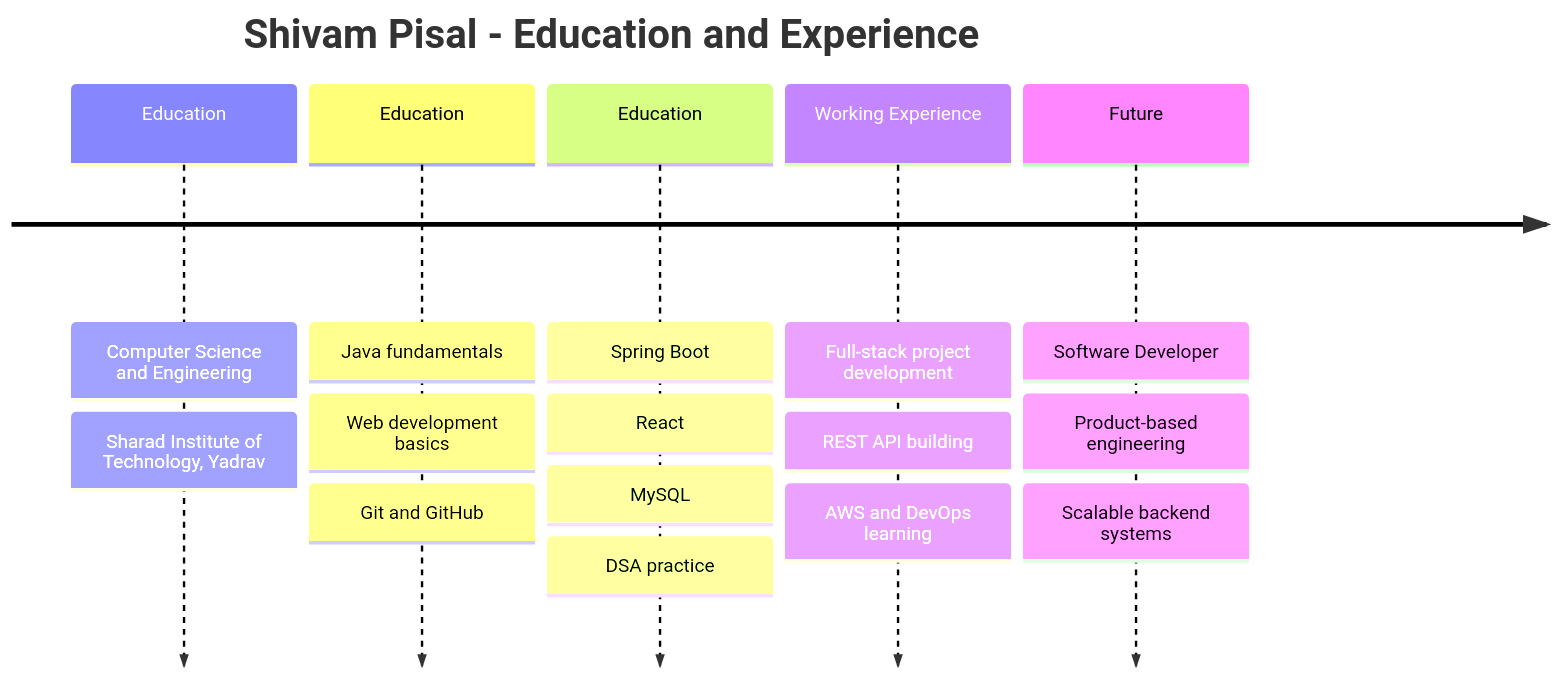
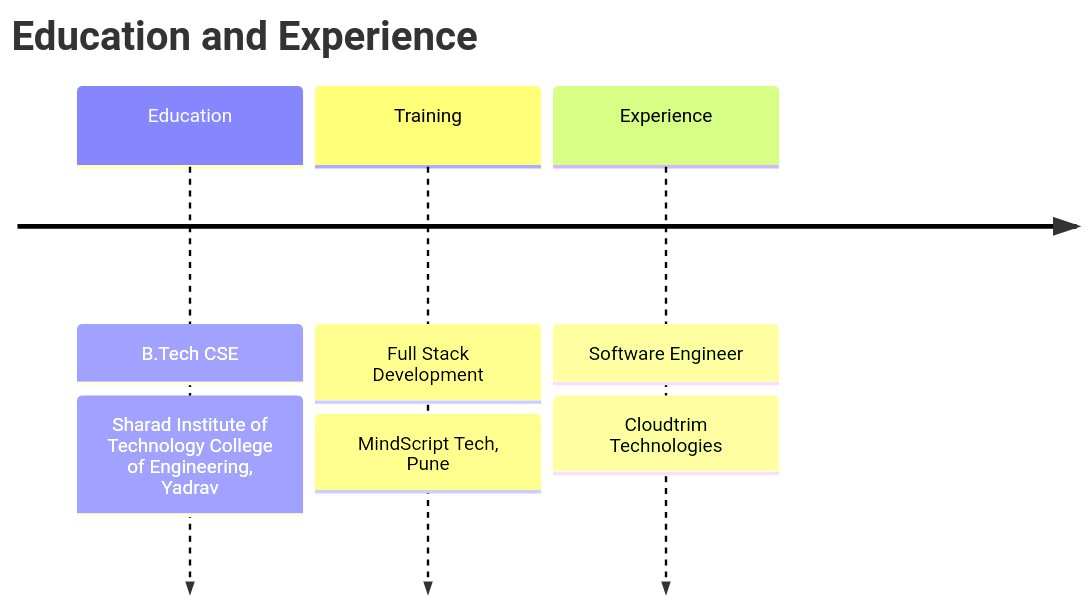
The diagram in README.md (ShivamPisal/ShivamPisal), drawn with Mermaid before and after one commit. The commit also changed other lines of this file and 1 other file, not shown here.

````diff
--- a/README.md
+++ b/README.md
@@ -156,9 +145,7 @@
 ```mermaid
 timeline
-  title Shivam Pisal - Education and Experience
-  Education : Computer Science and Engineering : Sharad Institute of Technology, Yadrav
-  Education : Java fundamentals : Web development basics : Git and GitHub
-  Education : Spring Boot : React : MySQL : DSA practice
-  Working Experience : Full-stack project development : REST API building : AWS and DevOps learning
-  Future : Software Developer : Product-based engineering : Scalable backend systems
+  title Education and Experience
+  Education : B.Tech CSE : Sharad Institute of Technology College of Engineering, Yadrav
+  Training : Full Stack Development : MindScript Tech, Pune
+  Experience : Software Engineer : Cloudtrim Technologies
 ```
````
